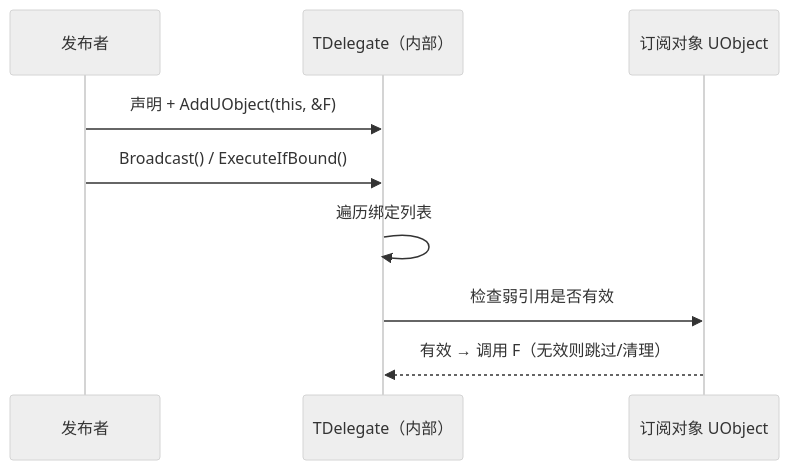
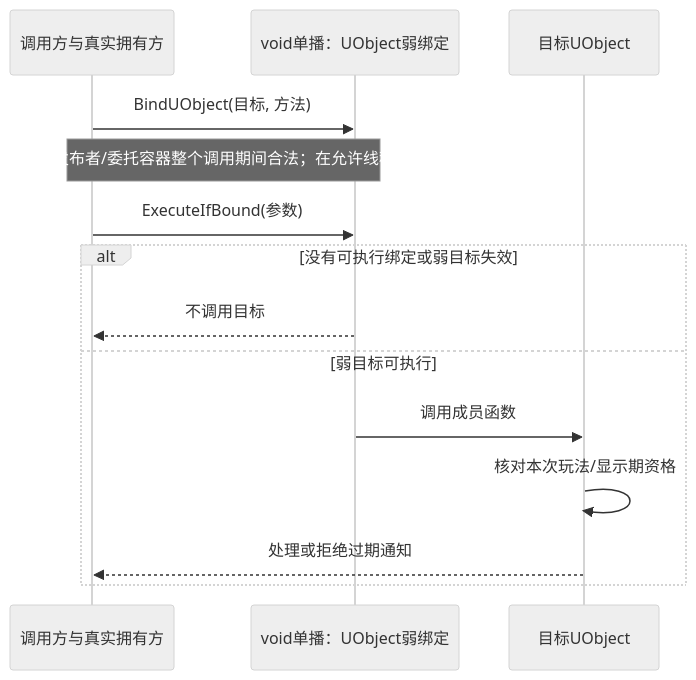
The second of 2 diagrams in 知识/03-引擎架构与资源系统/模块化框架与对象通信/04-委托事件与对象通信.md (fantuan812/learning), drawn with Mermaid (neutral theme) before and after one commit. The commit also changed other lines of this file and 2 other files, not shown here.

````diff
--- a/知识/03-引擎架构与资源系统/模块化框架与对象通信/04-委托事件与对象通信.md
+++ b/知识/03-引擎架构与资源系统/模块化框架与对象通信/04-委托事件与对象通信.md
@@ -74,12 +78,16 @@
 ```mermaid
 sequenceDiagram
-    participant PUB as 发布者
-    participant DEL as TDelegate（内部）
-    participant OBJ as 订阅对象 UObject
-
-    PUB->>DEL: 声明 + AddUObject(this, &F)
-    PUB->>DEL: Broadcast() / ExecuteIfBound()
-    DEL->>DEL: 遍历绑定列表
-    DEL->>OBJ: 检查弱引用是否有效
-    OBJ-->>DEL: 有效 → 调用 F（无效则跳过/清理）
+    participant P as 调用方与真实拥有方
+    participant D as void单播：UObject弱绑定
+    participant O as 目标UObject
+    P->>D: BindUObject(目标, 方法)
+    Note over P,D: 保证发布者/委托容器整个调用期间合法；在允许线程执行
+    P->>D: ExecuteIfBound(参数)
+    alt 没有可执行绑定或弱目标失效
+        D-->>P: 不调用目标
+    else 弱目标可执行
+        D->>O: 调用成员函数
+        O->>O: 核对本次玩法/显示期资格
+        O-->>P: 处理或拒绝过期通知
+    end
 ```
````
